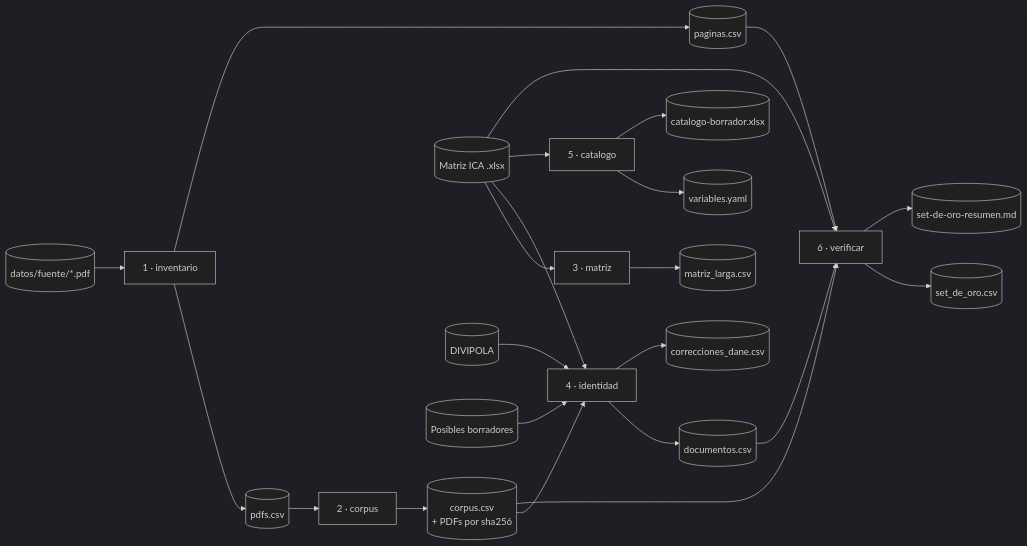
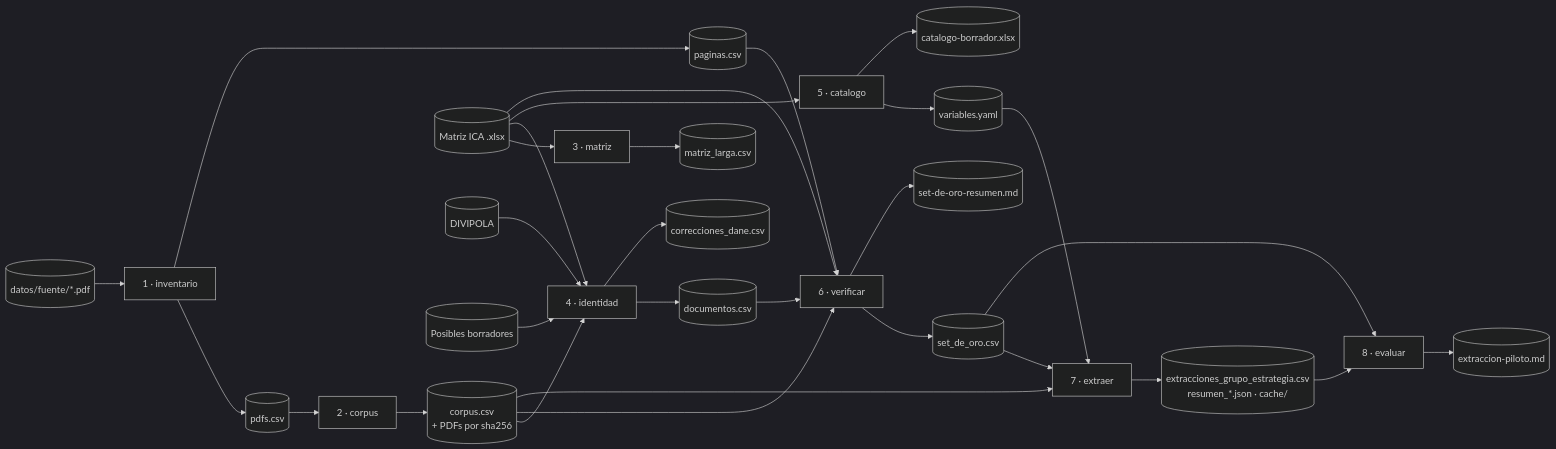
The second of 10 diagrams in docs/arquitectura/uml.md (hashernom/pipeline-pdf-contables), drawn with Mermaid (dark theme) before and after one commit. The commit also changed other lines of this file and 3 other files, not shown here.

````diff
--- a/docs/arquitectura/uml.md
+++ b/docs/arquitectura/uml.md
@@ -55,29 +58,37 @@
 ```mermaid
 flowchart LR
     F[(datos/fuente/*.pdf)] --> I[1 · inventario]
     I --> PDFS[(pdfs.csv)]
     I --> PAG[(paginas.csv)]
     PDFS --> C[2 · corpus]
     C --> COR[(corpus.csv<br/>+ PDFs por sha256)]
 
     MX[(Matriz ICA .xlsx)] --> MZ[3 · matriz]
     MZ --> ML[(matriz_larga.csv)]
 
     MX --> ID[4 · identidad]
     DV[(DIVIPOLA)] --> ID
     COR --> ID
     BR[(Posibles borradores)] --> ID
     ID --> DOC[(documentos.csv)]
     ID --> CD[(correcciones_dane.csv)]
 
     MX --> CT[5 · catalogo]
     CT --> Y[(variables.yaml)]
     CT --> XL[(catalogo-borrador.xlsx)]
 
     MX --> V[6 · verificar]
     DOC --> V
     COR --> V
     PAG --> V
     V --> SO[(set_de_oro.csv)]
     V --> RS[(set-de-oro-resumen.md)]
+
+    SO --> X[7 · extraer]
+    COR --> X
+    Y --> X
+    X --> EXC[(extracciones_grupo_estrategia.csv<br/>resumen_*.json · cache/)]
+    EXC --> EV[8 · evaluar]
+    SO --> EV
+    EV --> IP[(extraccion-piloto.md)]
 ```
````
